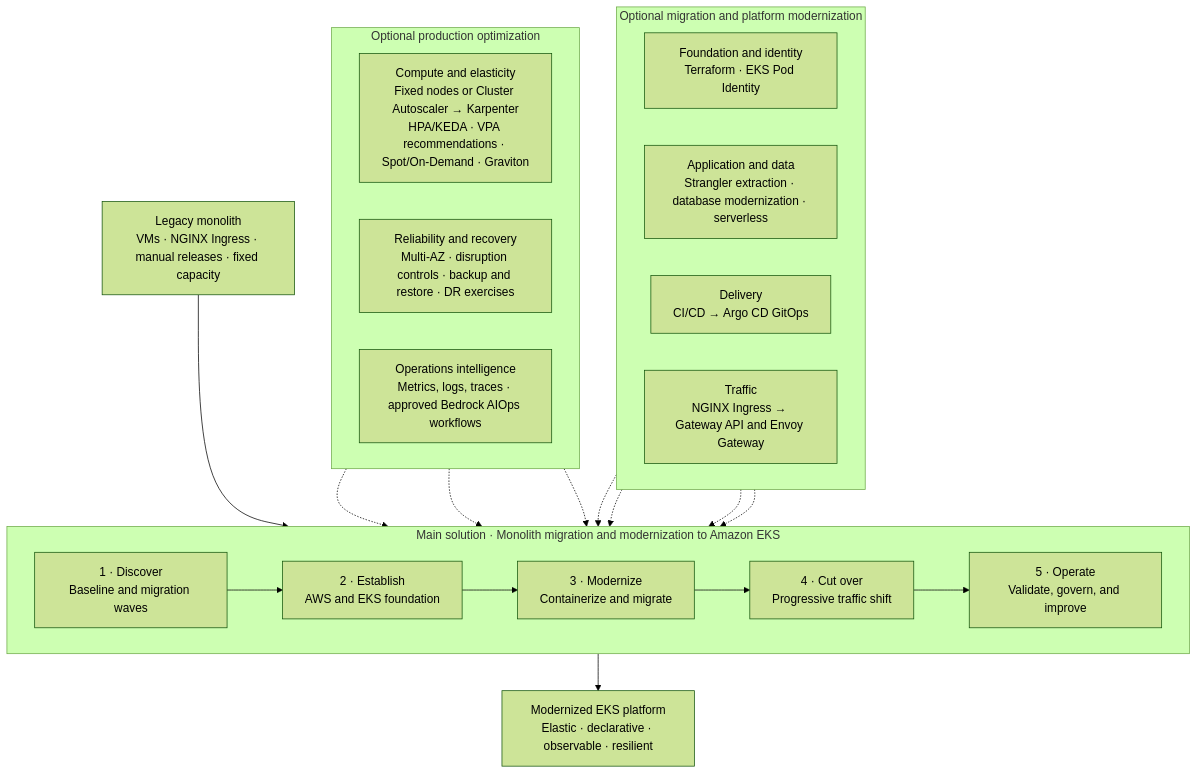
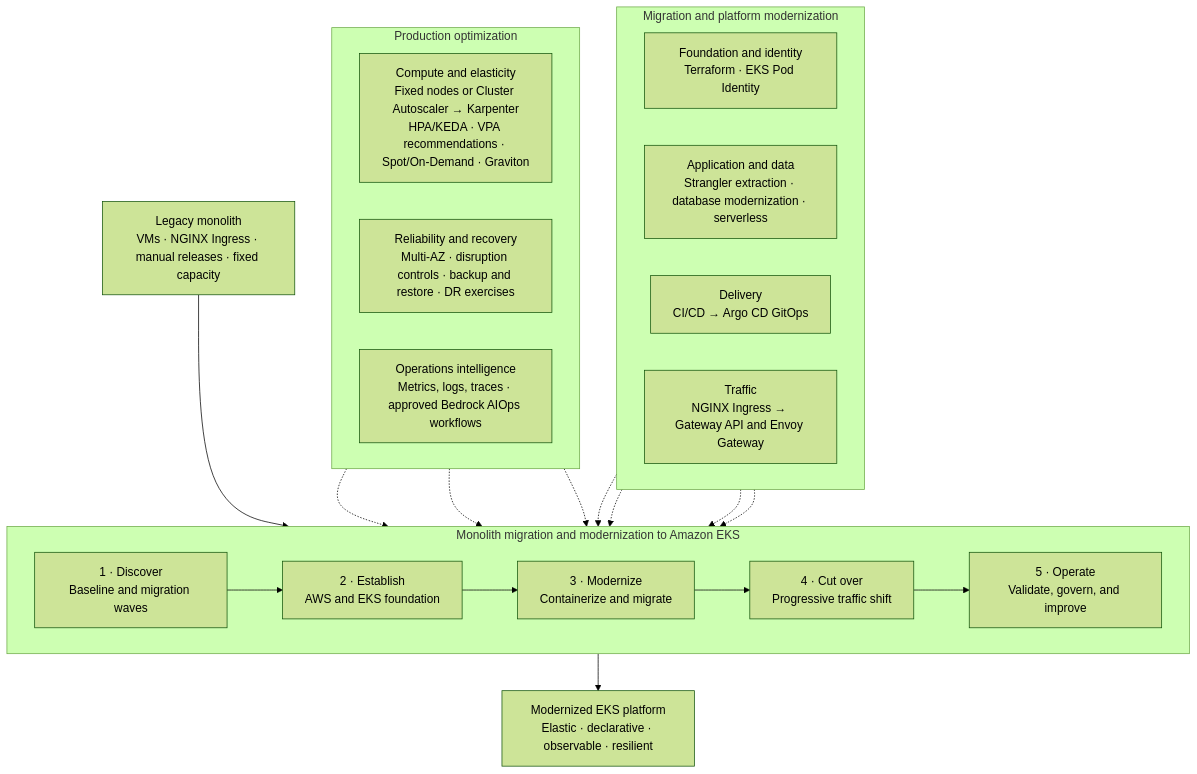
One commit to w22116972/w22116972 changed the diagram in README.md. Above: the diagram before and after it, drawn with Mermaid (forest theme). The commit also changed other lines of this file, not shown here.

````diff
--- a/README.md
+++ b/README.md
@@ -5,40 +5,40 @@
 ```mermaid
 flowchart TB
     LEGACY["Legacy monolith<br/>VMs · NGINX Ingress · manual releases · fixed capacity"]
 
-    subgraph CORE["Main solution · Monolith migration and modernization to Amazon EKS"]
+    subgraph CORE["Monolith migration and modernization to Amazon EKS"]
         direction LR
         DISCOVER["1 · Discover<br/>Baseline and migration waves"]
         FOUNDATION["2 · Establish<br/>AWS and EKS foundation"]
         MIGRATE["3 · Modernize<br/>Containerize and migrate"]
         CUTOVER["4 · Cut over<br/>Progressive traffic shift"]
         OPERATE["5 · Operate<br/>Validate, govern, and improve"]
         DISCOVER --> FOUNDATION --> MIGRATE --> CUTOVER --> OPERATE
     end
 
     LEGACY --> DISCOVER
     OPERATE --> TARGET["Modernized EKS platform<br/>Elastic · declarative · observable · resilient"]
 
-    subgraph ENABLE["Optional migration and platform modernization"]
+    subgraph ENABLE["Migration and platform modernization"]
         direction LR
         IAC["Foundation and identity<br/>Terraform · EKS Pod Identity"]
         APP["Application and data<br/>Strangler extraction · database modernization · serverless"]
         GITOPS["Delivery<br/>CI/CD → Argo CD GitOps"]
         TRAFFIC["Traffic<br/>NGINX Ingress → Gateway API and Envoy Gateway"]
     end
 
-    subgraph OPTIMIZE["Optional production optimization"]
+    subgraph OPTIMIZE["Production optimization"]
         direction LR
         COMPUTE["Compute and elasticity<br/>Fixed nodes or Cluster Autoscaler → Karpenter<br/>HPA/KEDA · VPA recommendations · Spot/On-Demand · Graviton"]
         RELIABILITY["Reliability and recovery<br/>Multi-AZ · disruption controls · backup and restore · DR exercises"]
         AIOPS["Operations intelligence<br/>Metrics, logs, traces · approved Bedrock AIOps workflows"]
     end
 
     IAC -.-> FOUNDATION
     APP -.-> MIGRATE
     GITOPS -.-> MIGRATE
     TRAFFIC -.-> CUTOVER
     COMPUTE -.-> OPERATE
     RELIABILITY -.-> OPERATE
     AIOPS -.-> OPERATE
 ```
````
